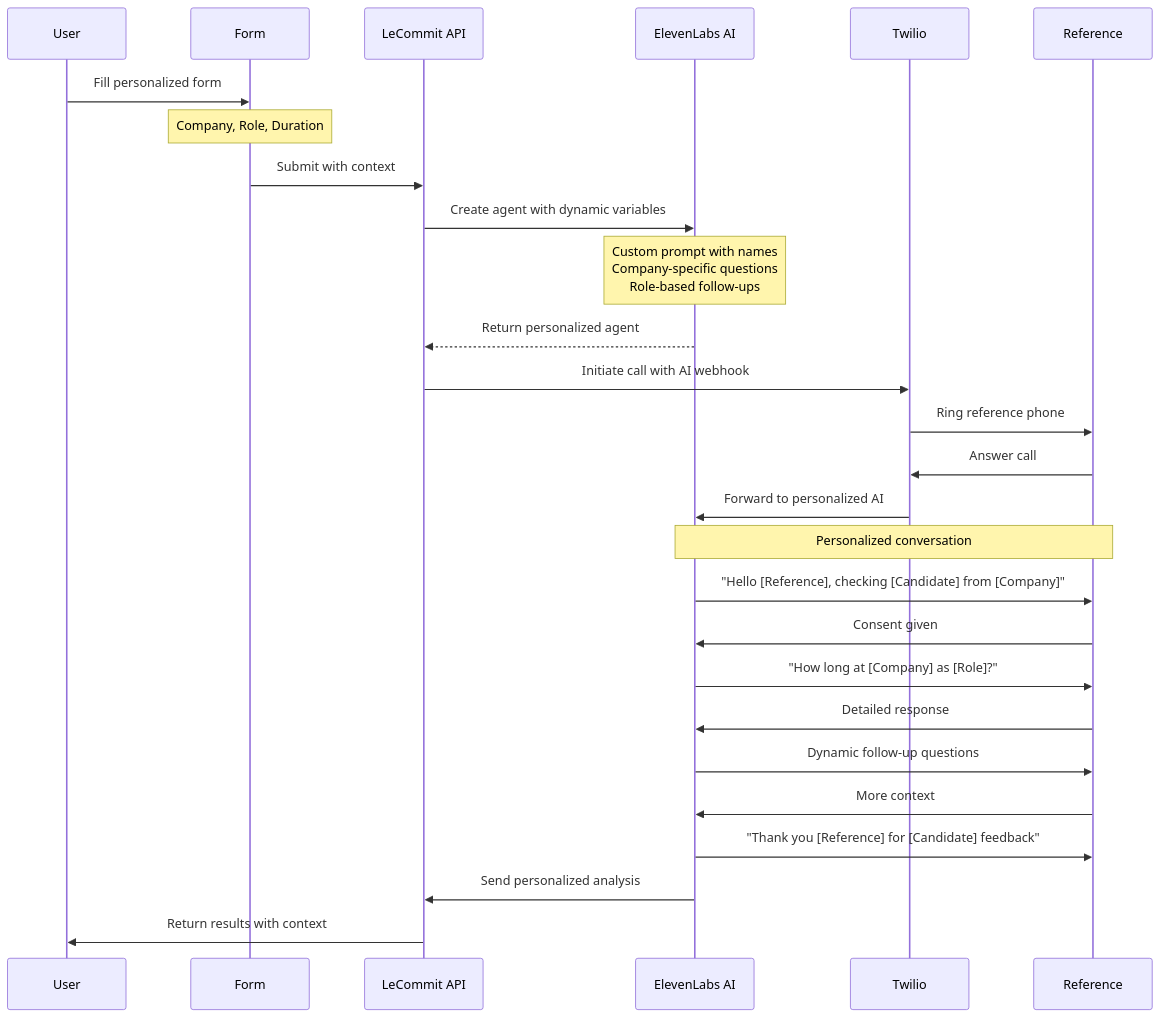
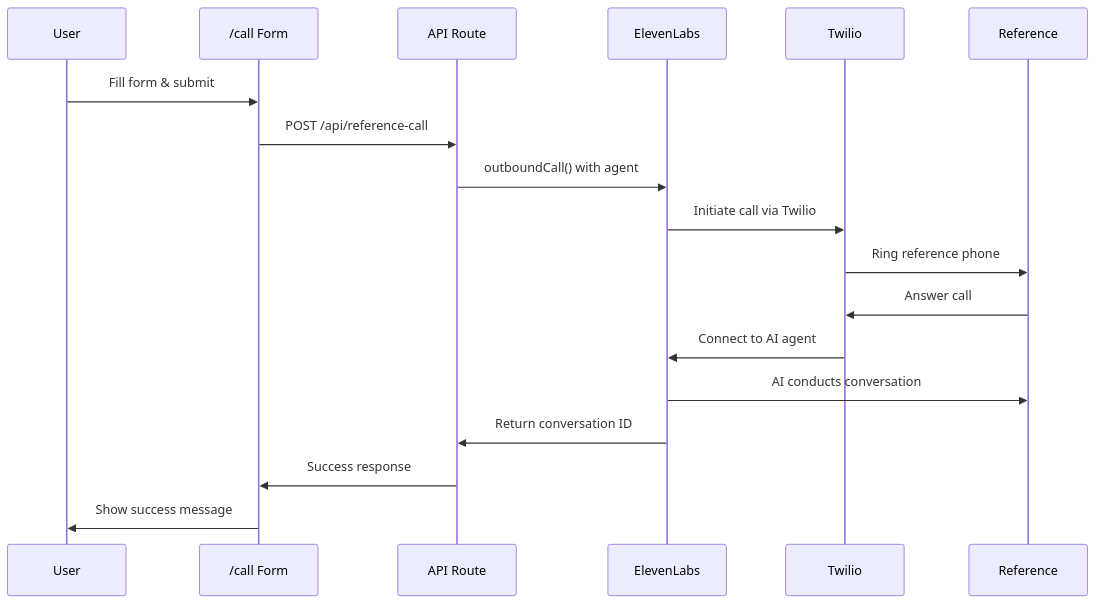
The second of 2 diagrams in docs/REFERENCE_CALLING_FEATURE.md (mousberg/le-commit), drawn with Mermaid before and after one commit. The commit also changed other lines of this file and 5 other files, not shown here.

First line of the commit message:
🎉 Finalize native ElevenLabs outbound call implementation

````diff
--- a/docs/REFERENCE_CALLING_FEATURE.md
+++ b/docs/REFERENCE_CALLING_FEATURE.md
@@ -200,32 +170,21 @@
 ```mermaid
 sequenceDiagram
     participant U as User
-    participant F as Form
-    participant API as LeCommit API
-    participant E as ElevenLabs AI
+    participant F as /call Form
+    participant A as API Route
+    participant E as ElevenLabs
     participant T as Twilio
     participant R as Reference
-    
-    U->>F: Fill personalized form
-    Note over F: Company, Role, Duration
-    F->>API: Submit with context
-    API->>E: Create agent with dynamic variables
-    Note over E: Custom prompt with names<br/>Company-specific questions<br/>Role-based follow-ups
-    E-->>API: Return personalized agent
-    API->>T: Initiate call with AI webhook
+
+    U->>F: Fill form & submit
+    F->>A: POST /api/reference-call
+    A->>E: outboundCall() with agent
+    E->>T: Initiate call via Twilio
     T->>R: Ring reference phone
     R->>T: Answer call
-    T->>E: Forward to personalized AI
-    
-    Note over E,R: Personalized conversation
-    E->>R: "Hello [Reference], checking [Candidate] from [Company]"
-    R->>E: Consent given
-    E->>R: "How long at [Company] as [Role]?"
-    R->>E: Detailed response
-    E->>R: Dynamic follow-up questions
-    R->>E: More context
-    E->>R: "Thank you [Reference] for [Candidate] feedback"
-    
-    E->>API: Send personalized analysis
-    API->>U: Return results with context
+    T->>E: Connect to AI agent
+    E->>R: AI conducts conversation
+    E->>A: Return conversation ID
+    A->>F: Success response
+    F->>U: Show success message
 ```
````
